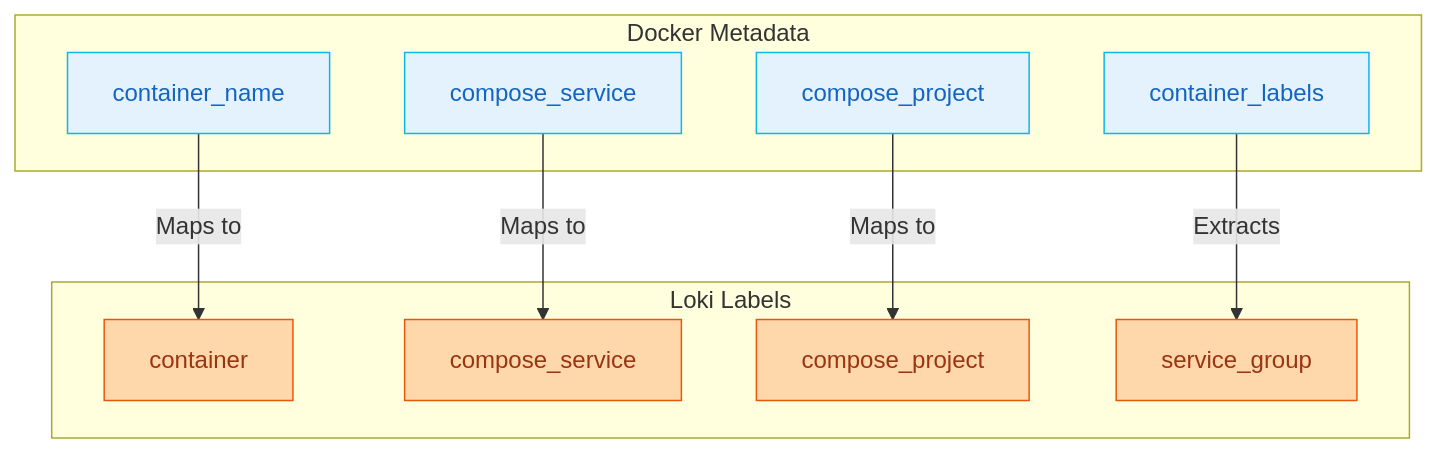
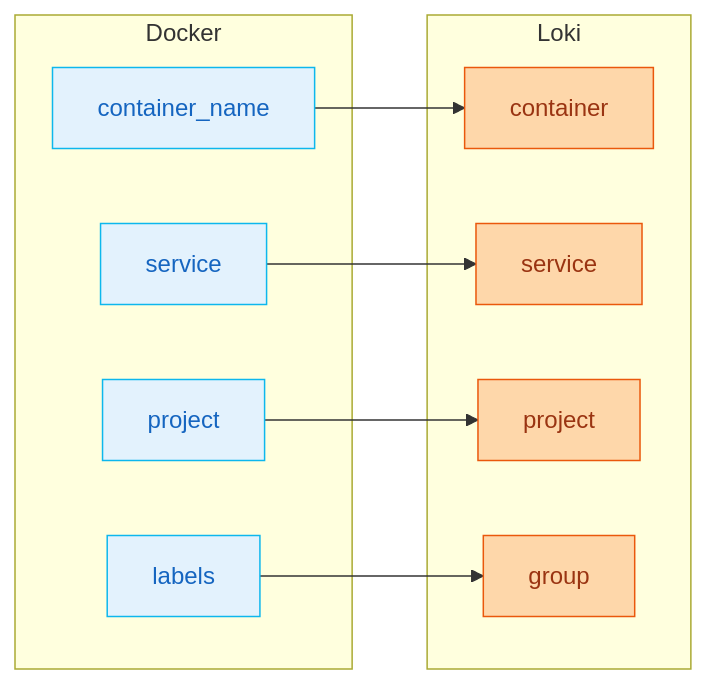
One commit to Mykyta-Home-Server/homeserver changed the third of 3 diagrams in docs-site/src/content/docs/guides/monitoring.mdx. Above: the diagram before and after it, drawn with Mermaid. The commit also changed other lines of this file and 2 other files, not shown here.

Commit message:
Fix diagram labels: remove cutoff text, use short clear labels
All labels now fit properly within nodes and are fully readable:

**Label Changes:**
- Removed overly long labels that were being cut off
- Shortened all edge labels to single words (Request, Check, Valid, etc.)
- Removed numbered steps that were causing text overflow
- Used abbreviations where appropriate (*arr, qBit, Postgres)
- Changed "Cloudflared Tunnel" → "Cloudflared", "Reverse Proxy" → simple names

**Docker Network Media Layout:**
- Changed to multi-row format using pipe separator syntax
- Row 1: Jellyfin | Jellyseerr
- Row 2: Radarr | Sonarr
- Row 3: Prowlarr | qBit | Bazarr
- This creates visible columns within the media subgraph

**Other Improvements:**
- Removed redundant arrow labels that were too verbose
- Shortened subgraph titles (Management → mgmt, Directory → dir)
- All node names now short and clear

This fixes the rendering issues where labels were cut off or overlapping.

🤖 Generated with [Claude Code](https://claude.com/claude-code)

````diff
--- a/docs-site/src/content/docs/guides/monitoring.mdx
+++ b/docs-site/src/content/docs/guides/monitoring.mdx
@@ -155,27 +154,27 @@
 ```mermaid
-flowchart TB
-    subgraph docker[Docker Metadata]
+flowchart LR
+    subgraph docker[Docker]
         D1[container_name]
-        D2[compose_service]
-        D3[compose_project]
-        D4[container_labels]
+        D2[service]
+        D3[project]
+        D4[labels]
     end
 
-    subgraph loki[Loki Labels]
+    subgraph loki[Loki]
         L1[container]
-        L2[compose_service]
-        L3[compose_project]
-        L4[service_group]
+        L2[service]
+        L3[project]
+        L4[group]
     end
 
-    D1 -->|Maps to| L1
-    D2 -->|Maps to| L2
-    D3 -->|Maps to| L3
-    D4 -->|Extracts| L4
+    D1 --> L1
+    D2 --> L2
+    D3 --> L3
+    D4 --> L4
 
     classDef dockerStyle fill:#e3f2fd,stroke:#0db7ed,color:#1565c0
     classDef lokiStyle fill:#fed7aa,stroke:#ea580c,color:#9a3412
 
     class D1,D2,D3,D4 dockerStyle
     class L1,L2,L3,L4 lokiStyle
 ```
````
